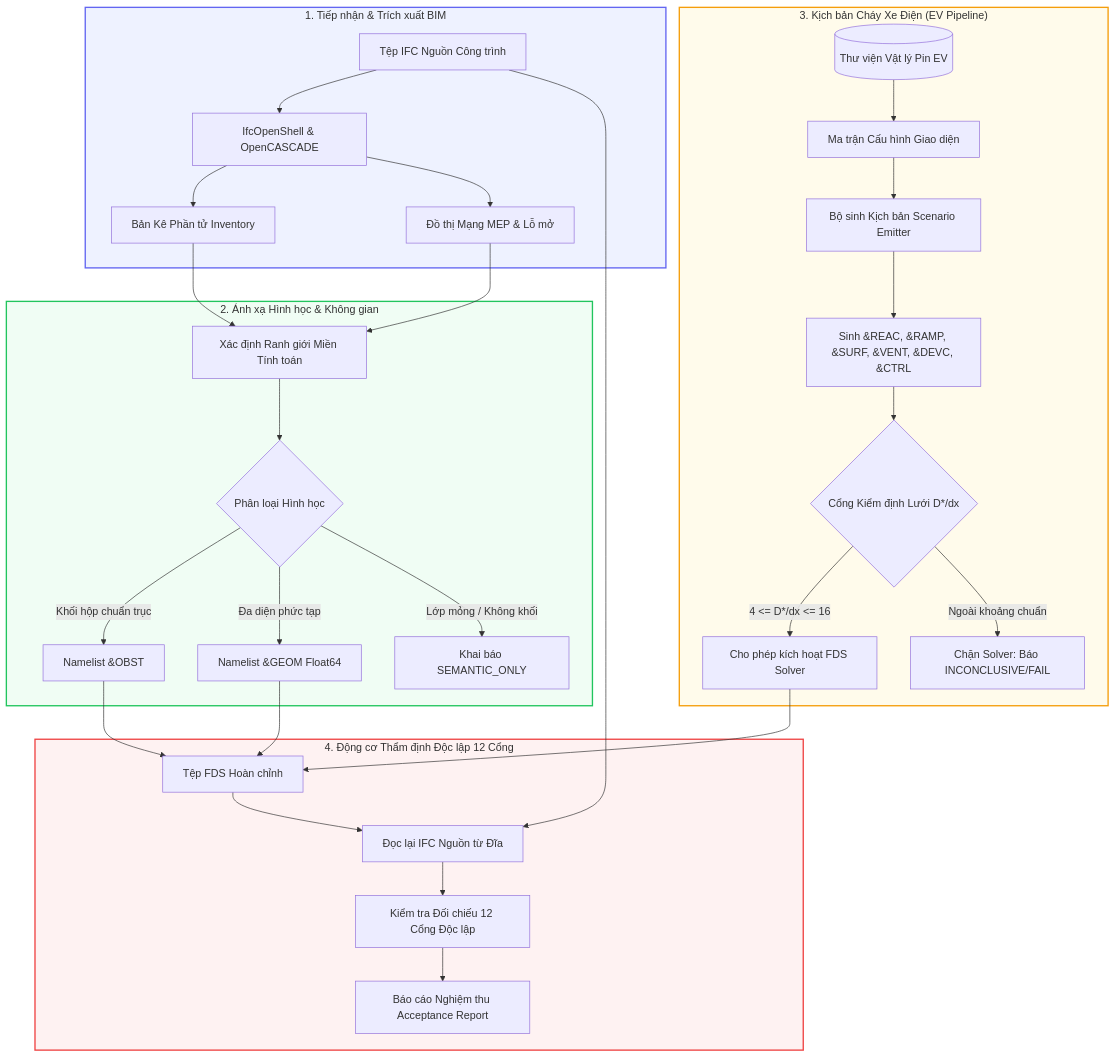
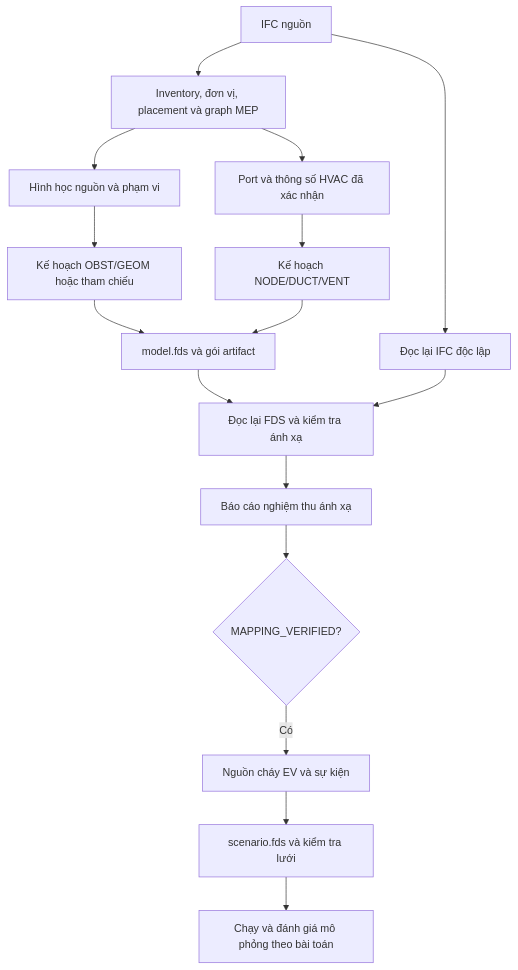
One commit to ProfRino/IFCtoFDS changed the diagram in README.md. Above: the diagram before and after it, drawn with Mermaid. The commit also changed other lines of this file and 60 other files, not shown here.

First line of the commit message:
fix: validate HVAC networks and scenario integrity

````diff
--- a/README.md
+++ b/README.md
@@ -81,41 +83,18 @@
 ```mermaid
 flowchart TD
-    subgraph INTAKE["1. Tiếp nhận & Trích xuất BIM"]
-        A[Tệp IFC Nguồn Công trình] --> B[IfcOpenShell & OpenCASCADE]
-        B --> C[Bản Kê Phần tử Inventory]
-        B --> D[Đồ thị Mạng MEP & Lỗ mở]
-    end
-
-    subgraph MAPPING["2. Ánh xạ Hình học & Không gian"]
-        C --> E[Xác định Ranh giới Miền Tính toán]
-        D --> E
-        E --> F{Phân loại Hình học}
-        F -->|Khối hộp chuẩn trục| G[Namelist &OBST]
-        F -->|Đa diện phức tạp| H[Namelist &GEOM Float64]
-        F -->|Lớp mỏng / Không khối| I[Khai báo SEMANTIC_ONLY]
-    end
-
-    subgraph SCENARIO["3. Kịch bản Cháy Xe Điện (EV Pipeline)"]
-        J[(Thư viện Vật lý Pin EV)] --> K[Ma trận Cấu hình Giao diện]
-        K --> L[Bộ sinh Kịch bản Scenario Emitter]
-        L --> M[Sinh &REAC, &RAMP, &SURF, &VENT, &DEVC, &CTRL]
-        M --> N{Cổng Kiểm định Lưới D*/dx}
-        N -->|4 <= D*/dx <= 16| O[Cho phép kích hoạt FDS Solver]
-        N -->|Ngoài khoảng chuẩn| P[Chặn Solver: Báo INCONCLUSIVE/FAIL]
-    end
-
-    subgraph AUDIT["4. Động cơ Thẩm định Độc lập 12 Cổng"]
-        G --> Q[Tệp FDS Hoàn chỉnh]
-        H --> Q
-        O --> Q
-        Q --> R[Đọc lại IFC Nguồn từ Đĩa]
-        A --> R
-        R --> S[Kiểm tra Đối chiếu 12 Cổng Độc lập]
-        S --> T[Báo cáo Nghiệm thu Acceptance Report]
-    end
-
-    style INTAKE fill:#eef2ff,stroke:#6366f1,stroke-width:2px;
-    style MAPPING fill:#f0fdf4,stroke:#22c55e,stroke-width:2px;
-    style SCENARIO fill:#fffbeb,stroke:#f59e0b,stroke-width:2px;
-    style AUDIT fill:#fef2f2,stroke:#ef4444,stroke-width:2px;
+    A[IFC nguồn] --> B[Inventory, đơn vị, placement và graph MEP]
+    B --> C[Hình học nguồn và phạm vi]
+    C --> D[Kế hoạch OBST/GEOM hoặc tham chiếu]
+    B --> E[Port và thông số HVAC đã xác nhận]
+    E --> F[Kế hoạch NODE/DUCT/VENT]
+    D --> G[model.fds và gói artifact]
+    F --> G
+    A --> H[Đọc lại IFC độc lập]
+    G --> I[Đọc lại FDS và kiểm tra ánh xạ]
+    H --> I
+    I --> J[Báo cáo nghiệm thu ánh xạ]
+    J --> K{MAPPING_VERIFIED?}
+    K -->|Có| L[Nguồn cháy EV và sự kiện]
+    L --> M[scenario.fds và kiểm tra lưới]
+    M --> N[Chạy và đánh giá mô phỏng theo bài toán]
 ```
````
